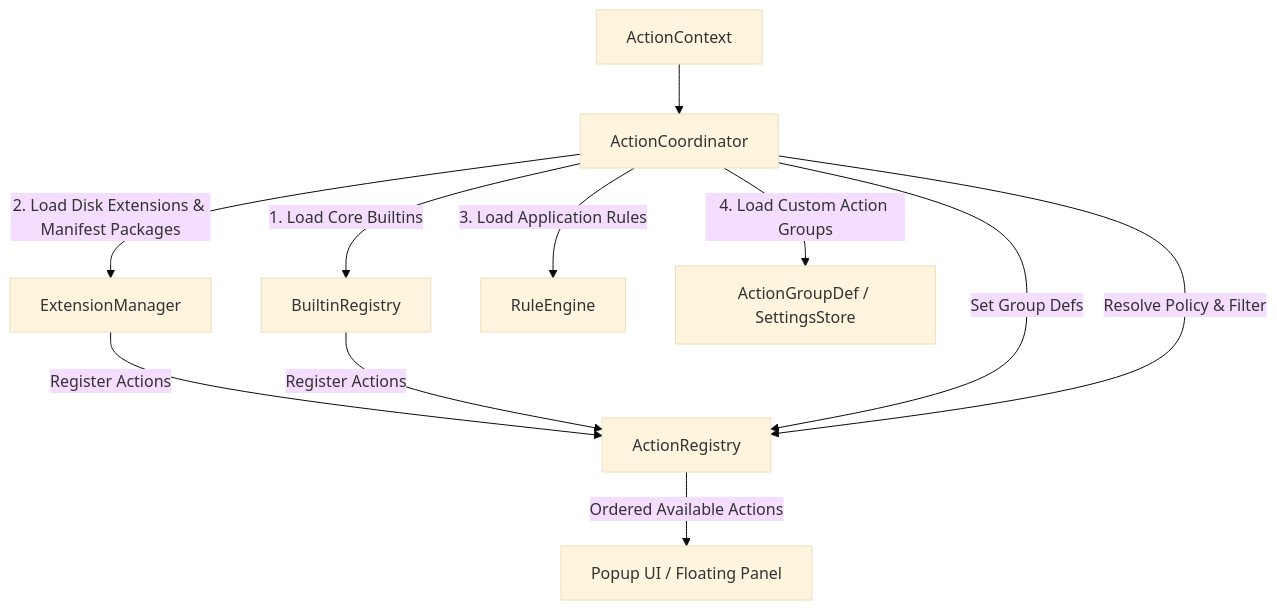
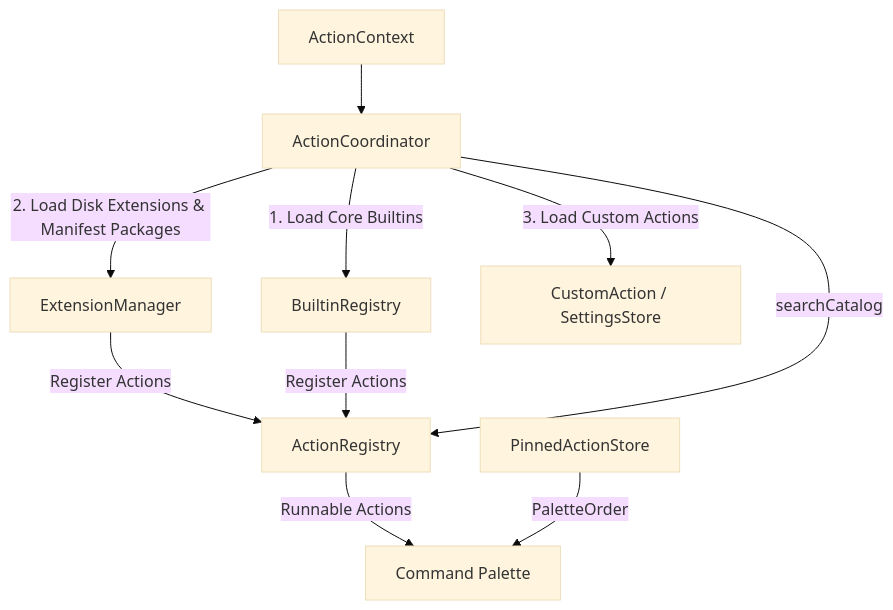
One commit to olegy/openclip changed the diagram in docs/architecture/action-coordinator.md. Above: the diagram before and after it, drawn with Mermaid (base theme). The commit also changed other lines of this file and 240 other files, not shown here.

````diff
--- a/docs/architecture/action-coordinator.md
+++ b/docs/architecture/action-coordinator.md
@@ -9,15 +9,14 @@
 ```mermaid
 flowchart TD
     AC[ActionCoordinator] -->|1. Load Core Builtins| BR[BuiltinRegistry]
     AC -->|2. Load Disk Extensions & Manifest Packages| EM[ExtensionManager]
-    AC -->|3. Load Application Rules| RE[RuleEngine]
-    AC -->|4. Load Custom Action Groups| AG[ActionGroupDef / SettingsStore]
+    AC -->|3. Load Custom Actions| CA[CustomAction / SettingsStore]
 
     EM -->|Register Actions| AR[ActionRegistry]
     BR -->|Register Actions| AR
-    AC -->|Set Group Defs| AR
 
     Context[ActionContext] --> AC
-    AC -->|Resolve Policy & Filter| AR
-    AR -->|Ordered Available Actions| UI[Popup UI / Floating Panel]
+    AC -->|searchCatalog| AR
+    AR -->|Runnable Actions| UI[Command Palette]
+    PS[PinnedActionStore] -->|PaletteOrder| UI
 ```
````
